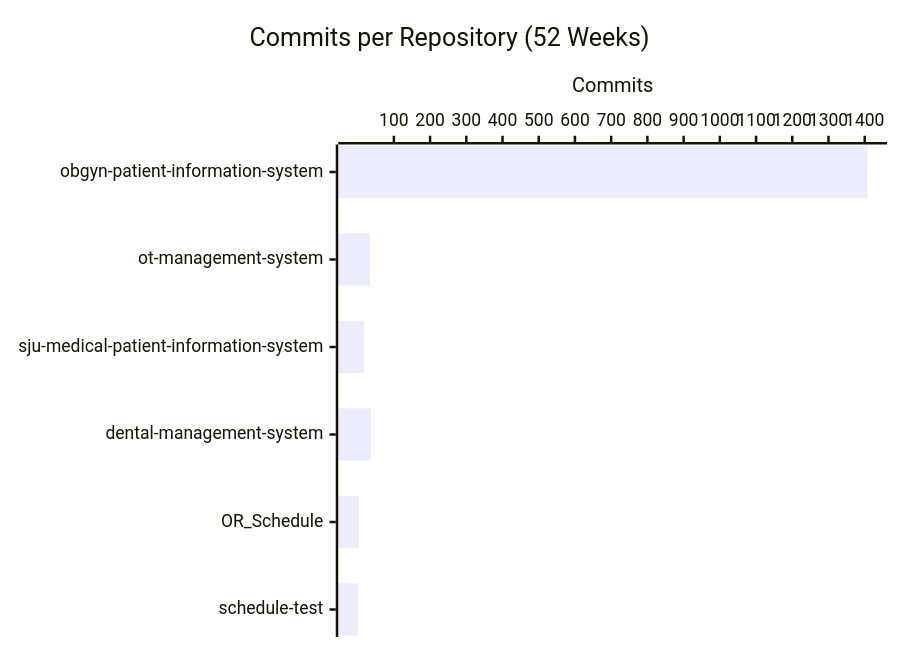
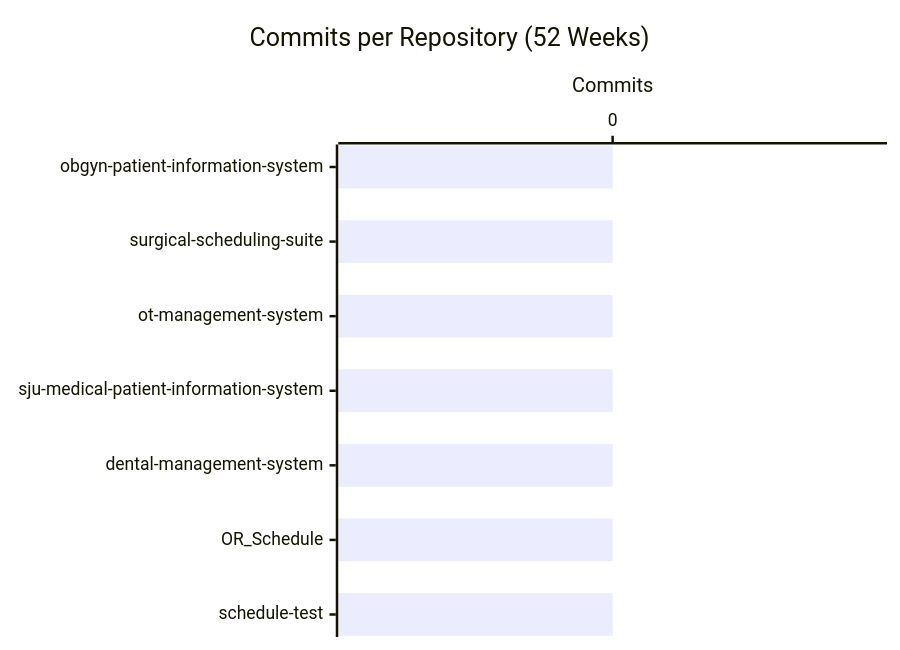
Before and after one commit to CSTH-Projects/.github: the second of 4 diagrams in profile/README.md, drawn with Mermaid. The commit also changed other lines of this file, not shown here.

````diff
--- a/profile/README.md
+++ b/profile/README.md
@@ -24,7 +25,7 @@
 ```mermaid
 xychart-beta horizontal
     title "Commits per Repository (52 Weeks)"
-    x-axis ["obgyn-patient-information-system", "ot-management-system", "sju-medical-patient-information-system", "dental-management-system", "OR_Schedule", "schedule-test"]
+    x-axis ["obgyn-patient-information-system", "surgical-scheduling-suite", "ot-management-system", "sju-medical-patient-information-system", "dental-management-system", "OR_Schedule", "schedule-test"]
     y-axis "Commits"
-    bar [1407, 34, 18, 37, 4, 1]
+    bar [0, 0, 0, 0, 0, 0, 0]
 ```
````
